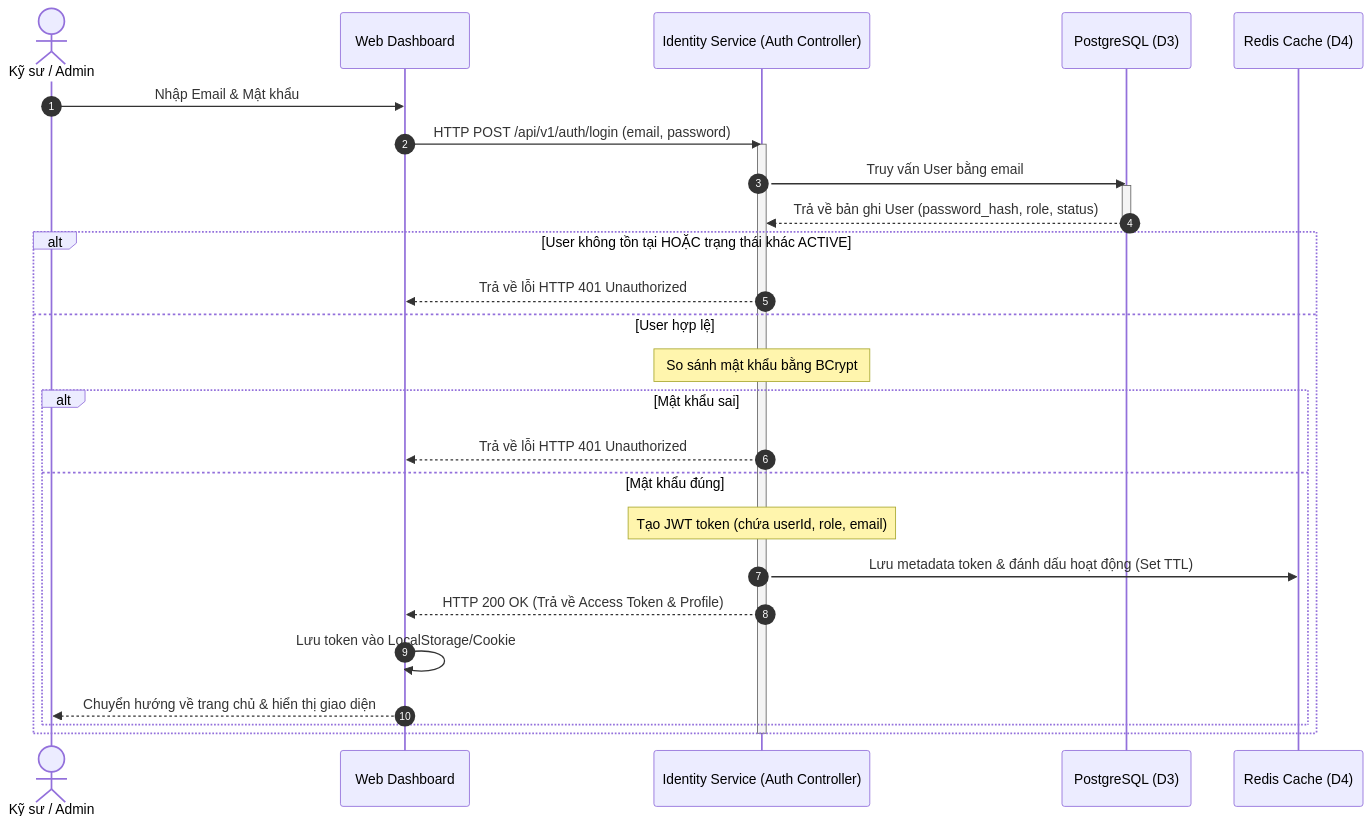
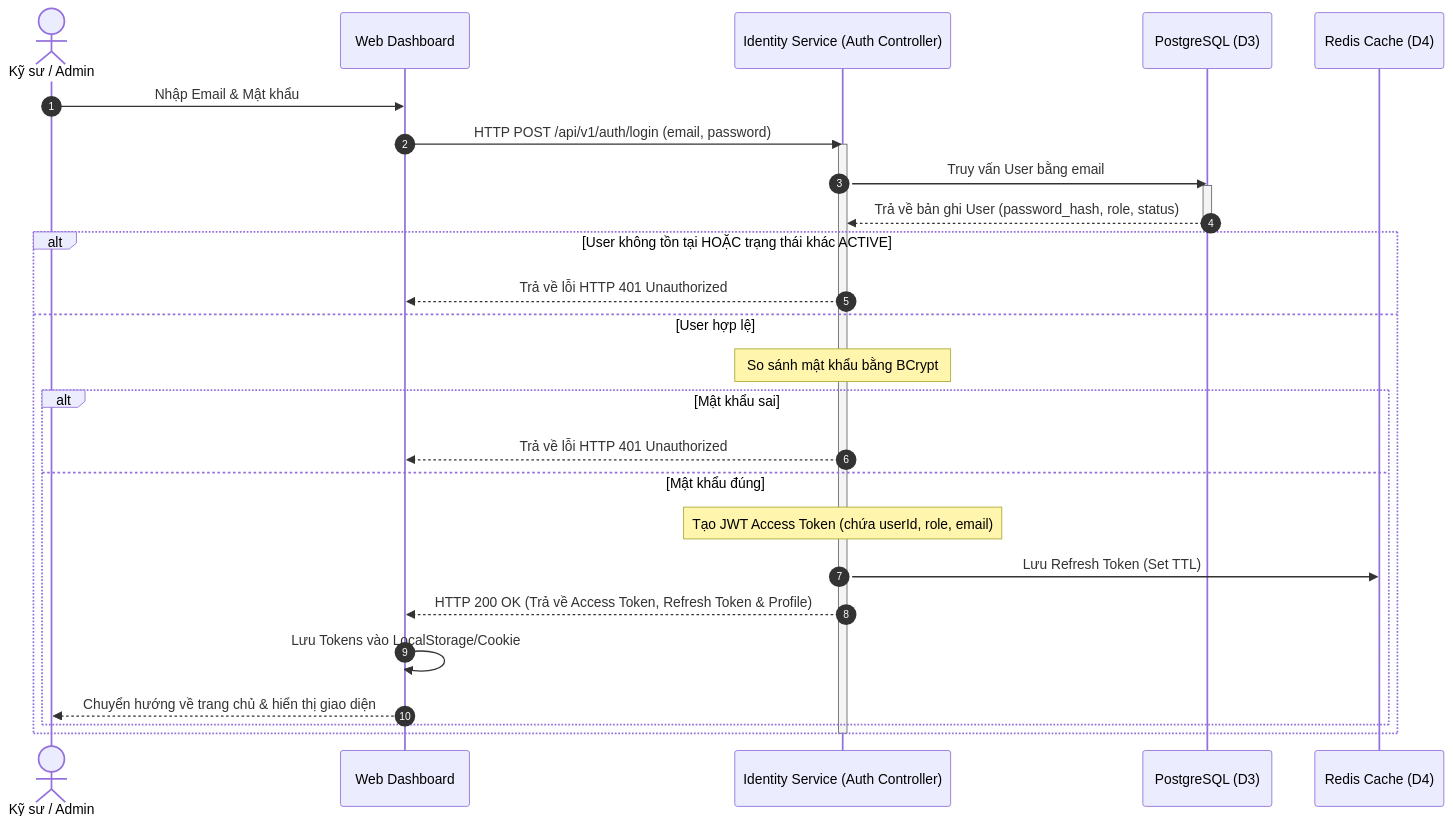
Before and after one commit to nguyentrongduc2005/log-monitoring-system: the first of 14 diagrams in detailed-diagrams.md, drawn with Mermaid. The commit also changed other lines of this file, not shown here.

Commit message:
docs: clarify refresh token storage in redis within login diagrams

````diff
--- a/detailed-diagrams.md
+++ b/detailed-diagrams.md
@@ -13,33 +13,33 @@
 ```mermaid
 sequenceDiagram
     autonumber
     actor User as Kỹ sư / Admin
     participant Dashboard as Web Dashboard
     participant API as Identity Service (Auth Controller)
     participant DB as PostgreSQL (D3)
     participant Redis as Redis Cache (D4)
 
     User->>Dashboard: Nhập Email & Mật khẩu
     Dashboard->>API: HTTP POST /api/v1/auth/login (email, password)
     activate API
     API->>DB: Truy vấn User bằng email
     activate DB
     DB-->>API: Trả về bản ghi User (password_hash, role, status)
     deactivate DB
     
     alt User không tồn tại HOẶC trạng thái khác ACTIVE
         API-->>Dashboard: Trả về lỗi HTTP 401 Unauthorized
     else User hợp lệ
         Note over API: So sánh mật khẩu bằng BCrypt
         alt Mật khẩu sai
             API-->>Dashboard: Trả về lỗi HTTP 401 Unauthorized
         else Mật khẩu đúng
-            Note over API: Tạo JWT token (chứa userId, role, email)
-            API->>Redis: Lưu metadata token & đánh dấu hoạt động (Set TTL)
-            API-->>Dashboard: HTTP 200 OK (Trả về Access Token & Profile)
-            Dashboard->>Dashboard: Lưu token vào LocalStorage/Cookie
+            Note over API: Tạo JWT Access Token (chứa userId, role, email)
+            API->>Redis: Lưu Refresh Token (Set TTL)
+            API-->>Dashboard: HTTP 200 OK (Trả về Access Token, Refresh Token & Profile)
+            Dashboard->>Dashboard: Lưu Tokens vào LocalStorage/Cookie
             Dashboard-->>User: Chuyển hướng về trang chủ & hiển thị giao diện
         end
     end
     deactivate API
 ```
````
